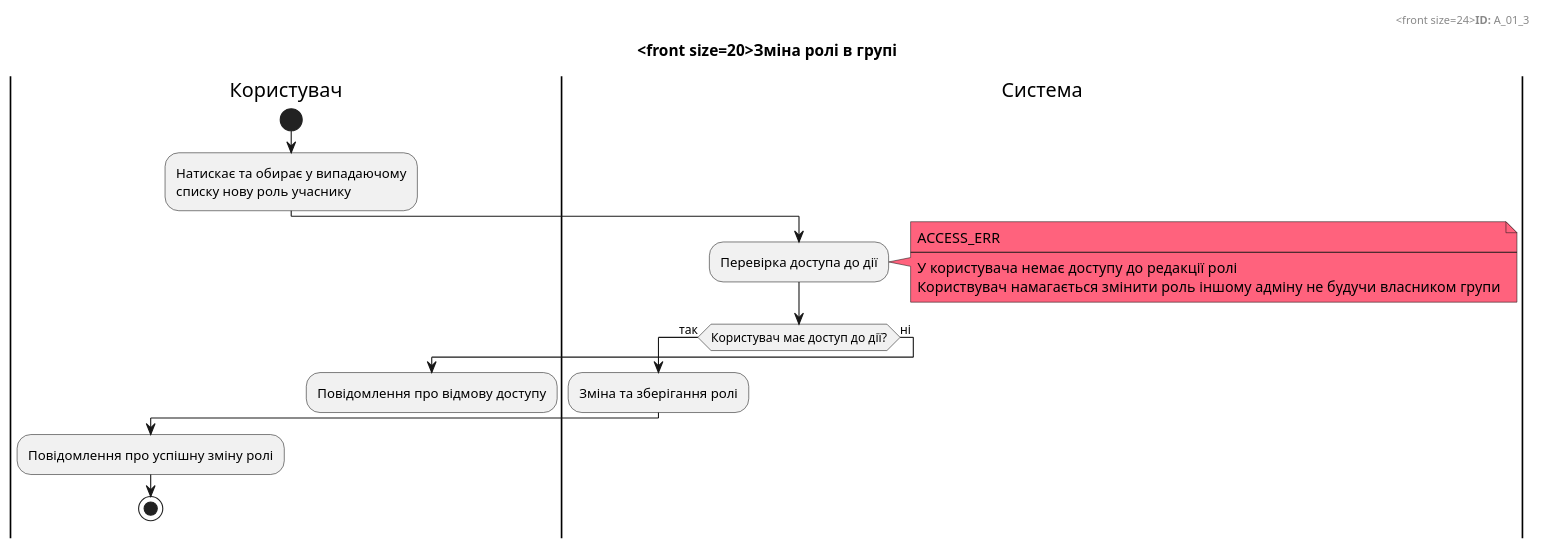
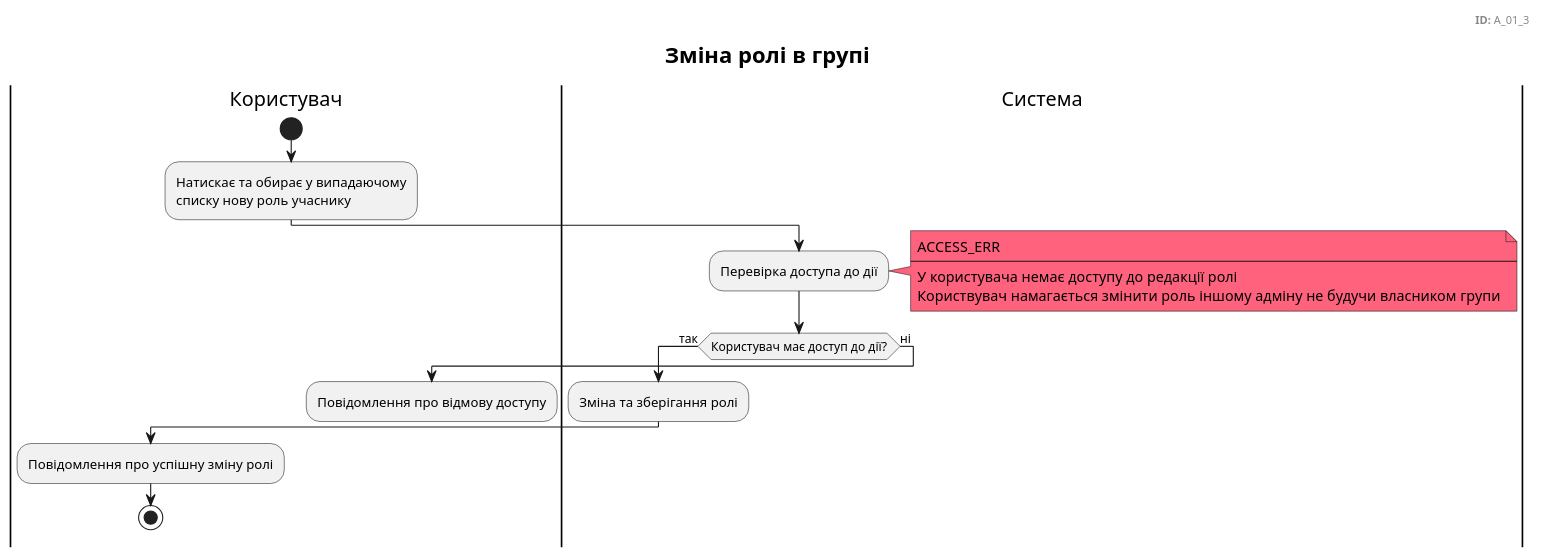
One commit to kkatkot/Theme2 changed diagram 15 of 15 in docs/use cases/README.md. Above: the diagram before and after it, drawn with PlantUML. The commit also changed other lines of this file, not shown here.

```diff
--- a/docs/use cases/README.md
+++ b/docs/use cases/README.md
@@ -951,39 +961,39 @@
 @startuml
 
     right header
-        <front size=24><b>ID:</b> A_01_3
+        <font size=24 сщдщк=идфсл><b>ID:</b> A_01_3
     end header
 
     title
-        <front size=20>Зміна ролі в групі
+        <font size=20>Зміна ролі в групі
     end title
 
     |Користувач|
     start
     :Натискає та обирає у випадаючому\nсписку нову роль учаснику;
     
     |Система|
     :Перевірка доступа до дії;
     note right #ff627d
         ACCESS_ERR
         ----
         У користувача немає доступу до редакції ролі
         Користвувач намагається змінити роль іншому адміну не будучи власником групи
     end note
 
     if (Користувач має доступ до дії?) then (так)
 
         |Система|
         :Зміна та зберігання ролі;
 
         |Користувач|
         :Повідомлення про успішну зміну ролі;
 
         stop
 
     else (ні)
         |Користувач|
         :Повідомлення про відмову доступу;
         kill
 
 @enduml
```
